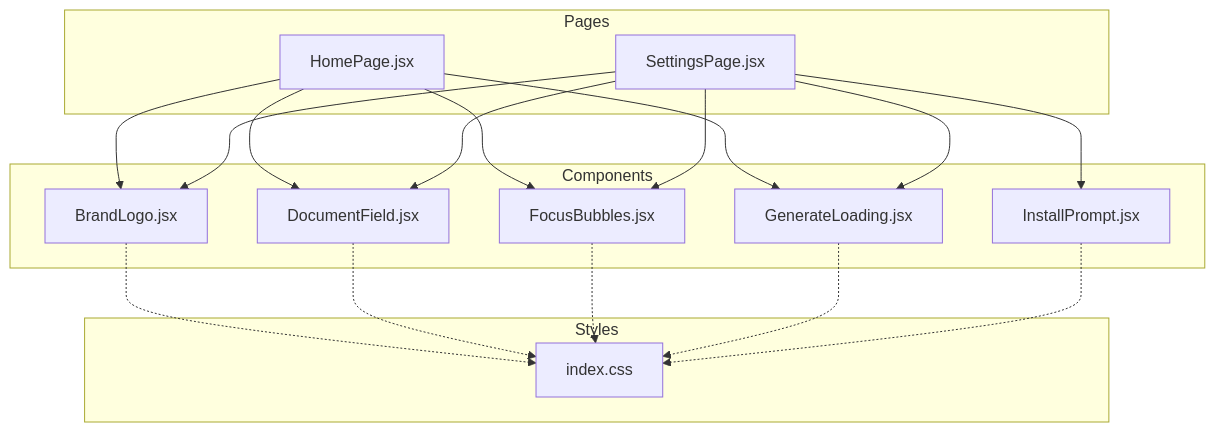
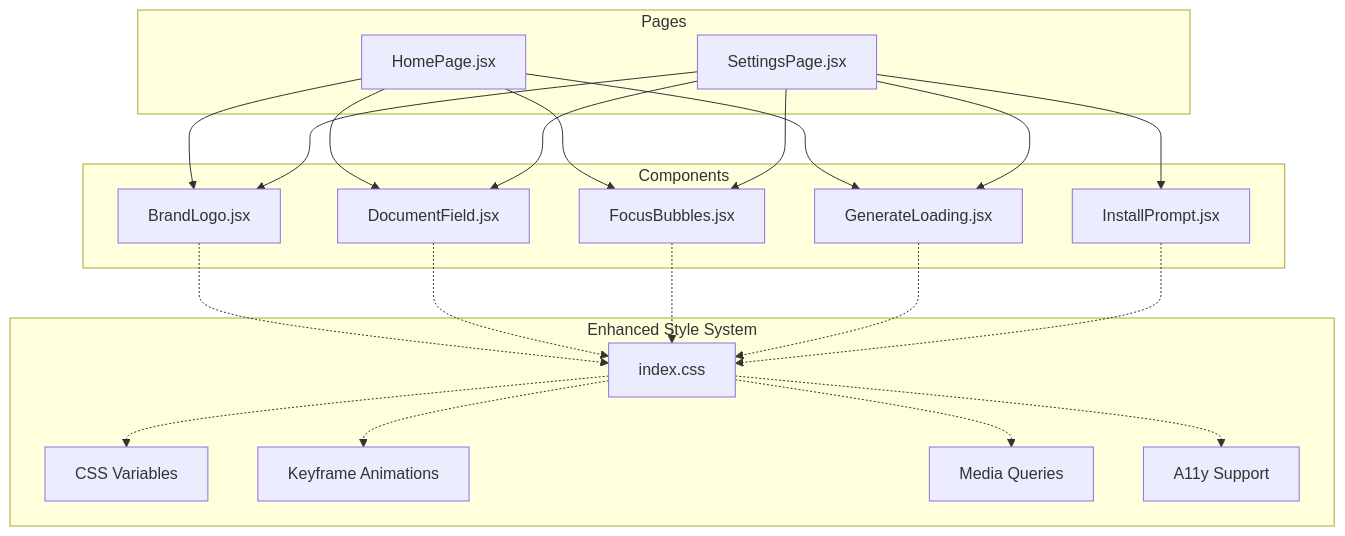
The second of 3 diagrams in .qoder/repowiki/en/content/Component Library/UI Components.md (zmyeo54/briefroom), drawn with Mermaid before and after one commit. The commit also changed other lines of this file and 32 other files, not shown here.

````diff
--- a/.qoder/repowiki/en/content/Component Library/UI Components.md
+++ b/.qoder/repowiki/en/content/Component Library/UI Components.md
@@ -102,31 +119,39 @@
 ```mermaid
 graph TB
 subgraph "Pages"
 HP["HomePage.jsx"]
 SP["SettingsPage.jsx"]
 end
 subgraph "Components"
 BL["BrandLogo.jsx"]
 DF["DocumentField.jsx"]
 FB["FocusBubbles.jsx"]
 GL["GenerateLoading.jsx"]
 IP["InstallPrompt.jsx"]
 end
-subgraph "Styles"
+subgraph "Enhanced Style System"
 CSS["index.css"]
+Tokens["CSS Variables"]
+Animations["Keyframe Animations"]
+Responsive["Media Queries"]
+Accessibility["A11y Support"]
 end
 HP --> BL
 HP --> DF
 HP --> FB
 HP --> GL
 SP --> BL
 SP --> DF
 SP --> FB
 SP --> GL
 SP --> IP
 BL -.-> CSS
 DF -.-> CSS
 FB -.-> CSS
 GL -.-> CSS
 IP -.-> CSS
+CSS -.-> Tokens
+CSS -.-> Animations
+CSS -.-> Responsive
+CSS -.-> Accessibility
 ```
````
